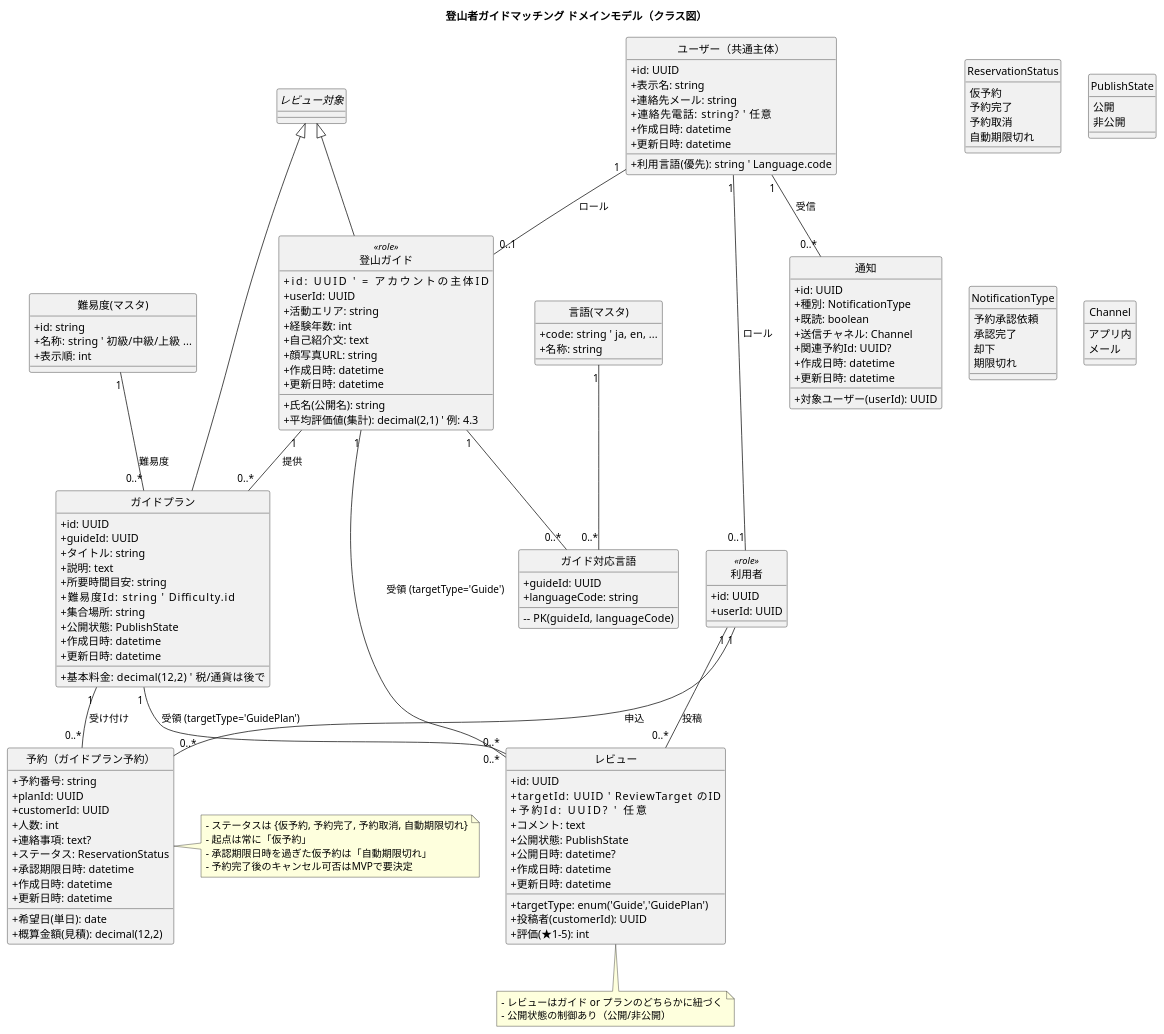
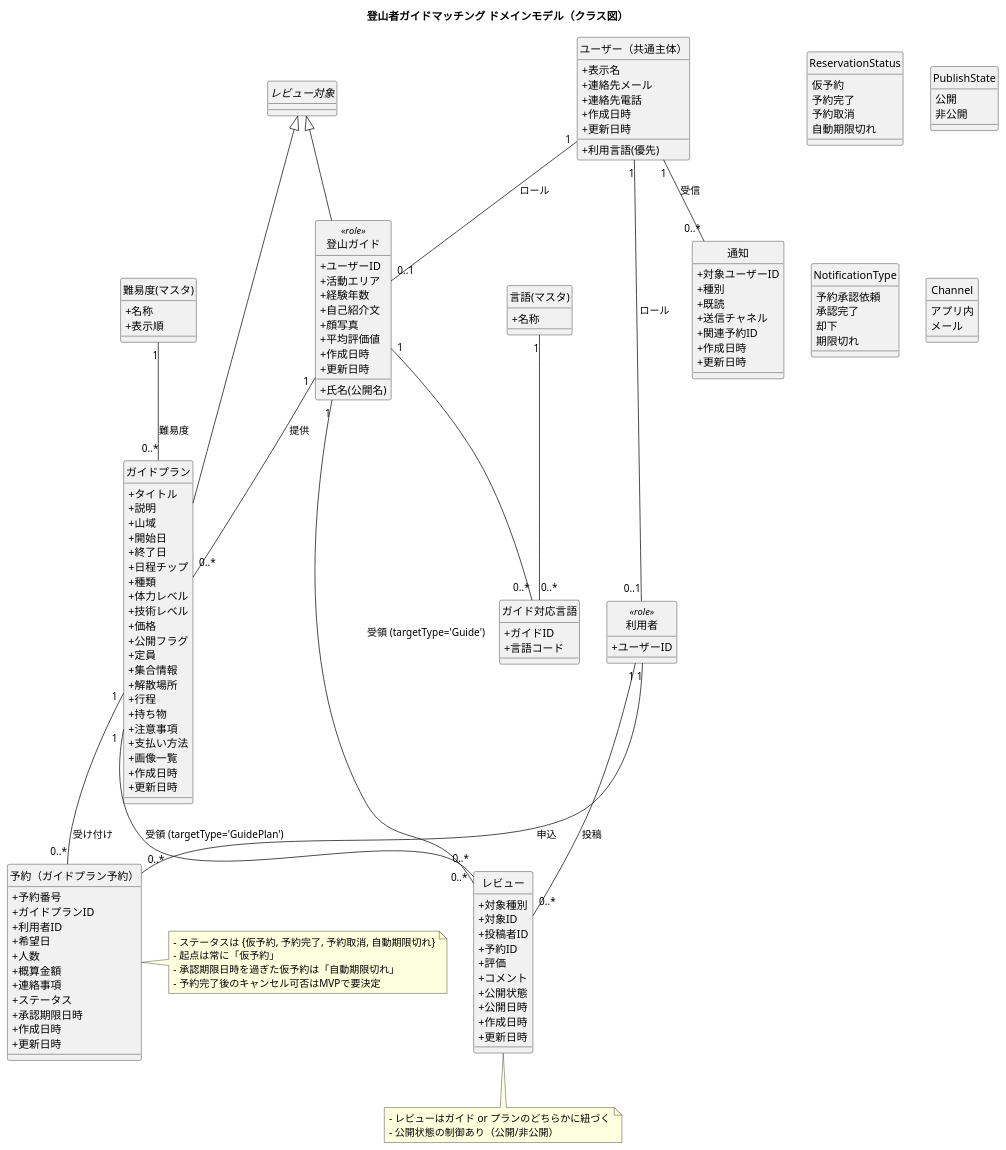
One commit to willcom1992/yama-guide-docs changed the diagram in class.pu. Above: the diagram before and after it, drawn with PlantUML.

Commit message:
:pencil: ガイドプランのクラスの更新と物理名の削除

```diff
--- a/class.pu
+++ b/class.pu
@@ -1,170 +1,172 @@
 @startuml 登山者ガイドマッチングドメインモデル
 skinparam classAttributeIconSize 0
 hide circle
 title 登山者ガイドマッチング ドメインモデル（クラス図）
 
 ' ====== マスタ・列挙 ======
 enum ReservationStatus {
   仮予約
   予約完了
   予約取消
   自動期限切れ
 }
 
 enum PublishState {
   公開
   非公開
 }
 
 class "難易度(マスタ)" as Difficulty {
-  +id: string
-  +名称: string  ' 初級/中級/上級 ...
-  +表示順: int
+  +名称
+  +表示順
 }
 
 class "言語(マスタ)" as Language {
-  +code: string  ' ja, en, ...
-  +名称: string
+  +名称
 }
 
 ' ====== 共通主体とロール ======
 class "ユーザー（共通主体）" as User {
-  +id: UUID
-  +表示名: string
-  +連絡先メール: string
-  +利用言語(優先): string  ' Language.code
-  +連絡先電話: string?     ' 任意
-  +作成日時: datetime
-  +更新日時: datetime
+  +表示名
+  +連絡先メール
+  +利用言語(優先)
+  +連絡先電話
+  +作成日時
+  +更新日時
 }
 
 class "利用者" as Customer <<role>> {
-  +id: UUID
-  +userId: UUID
+  +ユーザーID
 }
 
 class "登山ガイド" as Guide <<role>> {
-  +id: UUID                ' = アカウントの主体ID
-  +userId: UUID
-  +氏名(公開名): string
-  +活動エリア: string
-  +経験年数: int
-  +自己紹介文: text
-  +顔写真URL: string
-  +平均評価値(集計): decimal(2,1) ' 例: 4.3
-  +作成日時: datetime
-  +更新日時: datetime
+  +ユーザーID
+  +氏名(公開名)
+  +活動エリア
+  +経験年数
+  +自己紹介文
+  +顔写真
+  +平均評価値
+  +作成日時
+  +更新日時
 }
 
 ' ガイド対応言語（多対多）
 class "ガイド対応言語" as GuideLanguage {
-  +guideId: UUID
-  +languageCode: string
-  --  PK(guideId, languageCode)
+  +ガイドID
+  +言語コード
 }
 
 ' ====== ガイドプラン ======
 class "ガイドプラン" as GuidePlan {
-  +id: UUID
-  +guideId: UUID
-  +タイトル: string
-  +説明: text
-  +所要時間目安: string
-  +基本料金: decimal(12,2)   ' 税/通貨は後で
-  +難易度Id: string          ' Difficulty.id
-  +集合場所: string
-  +公開状態: PublishState
-  +作成日時: datetime
-  +更新日時: datetime
+  +タイトル
+  +説明
+  +山域
+  +開始日
+  +終了日
+  +日程チップ
+  +種類
+  +体力レベル
+  +技術レベル
+  +価格
+  +公開フラグ
+  +定員
+  +集合情報
+  +解散場所
+  +行程
+  +持ち物
+  +注意事項
+  +支払い方法
+  +画像一覧
+  +作成日時
+  +更新日時
 }
 
 ' ====== 予約 ======
 class "予約（ガイドプラン予約）" as Reservation {
-  +予約番号: string
-  +planId: UUID
-  +customerId: UUID
-  +希望日(単日): date
-  +人数: int
-  +概算金額(見積): decimal(12,2)
-  +連絡事項: text?
-  +ステータス: ReservationStatus
-  +承認期限日時: datetime
-  +作成日時: datetime
-  +更新日時: datetime
+  +予約番号
+  +ガイドプランID
+  +利用者ID
+  +希望日
+  +人数
+  +概算金額
+  +連絡事項
+  +ステータス
+  +承認期限日時
+  +作成日時
+  +更新日時
 }
 
 ' ====== レビュー ======
 abstract class "レビュー対象" as ReviewTarget
 Guide -up-|> ReviewTarget
 GuidePlan -up-|> ReviewTarget
 
 class "レビュー" as Review {
-  +id: UUID
-  +targetType: enum('Guide','GuidePlan')
-  +targetId: UUID           ' ReviewTarget のID
-  +投稿者(customerId): UUID
-  +予約Id: UUID?            ' 任意
-  +評価(★1–5): int
-  +コメント: text
-  +公開状態: PublishState
-  +公開日時: datetime?
-  +作成日時: datetime
-  +更新日時: datetime
+  +対象種別
+  +対象ID
+  +投稿者ID
+  +予約ID
+  +評価
+  +コメント
+  +公開状態
+  +公開日時
+  +作成日時
+  +更新日時
 }
 
 ' ====== 通知 ======
 enum NotificationType {
   予約承認依頼
   承認完了
   却下
   期限切れ
 }
 
 enum Channel {
   アプリ内
   メール
 }
 
 class "通知" as Notification {
-  +id: UUID
-  +対象ユーザー(userId): UUID
-  +種別: NotificationType
-  +既読: boolean
-  +送信チャネル: Channel
-  +関連予約Id: UUID?
-  +作成日時: datetime
-  +更新日時: datetime
+  +対象ユーザーID
+  +種別
+  +既読
+  +送信チャネル
+  +関連予約ID
+  +作成日時
+  +更新日時
 }
 
 ' ====== 関係（リレーション） ======
 User "1" -- "0..1" Customer : ロール
 User "1" -- "0..1" Guide : ロール
 
 Guide "1" -- "0..*" GuidePlan : 提供
 GuidePlan "1" -- "0..*" Reservation : 受け付け
 Customer "1" -- "0..*" Reservation : 申込
 
 Guide "1" -- "0..*" Review : 受領 (targetType='Guide')
 GuidePlan "1" -- "0..*" Review : 受領 (targetType='GuidePlan')
 Customer "1" -- "0..*" Review : 投稿
 
 User "1" -- "0..*" Notification : 受信
 
 Language "1" -- "0..*" GuideLanguage
 Guide "1" -- "0..*" GuideLanguage
 
 Difficulty "1" -- "0..*" GuidePlan : 難易度
 
 ' ====== 重要ビジネスルール（メモ） ======
 note right of Reservation
 - ステータスは {仮予約, 予約完了, 予約取消, 自動期限切れ}
 - 起点は常に「仮予約」
 - 承認期限日時を過ぎた仮予約は「自動期限切れ」
 - 予約完了後のキャンセル可否はMVPで要決定
 end note
 
 note bottom of Review
 - レビューはガイド or プランのどちらかに紐づく
 - 公開状態の制御あり（公開/非公開）
 end note
 @enduml
```
